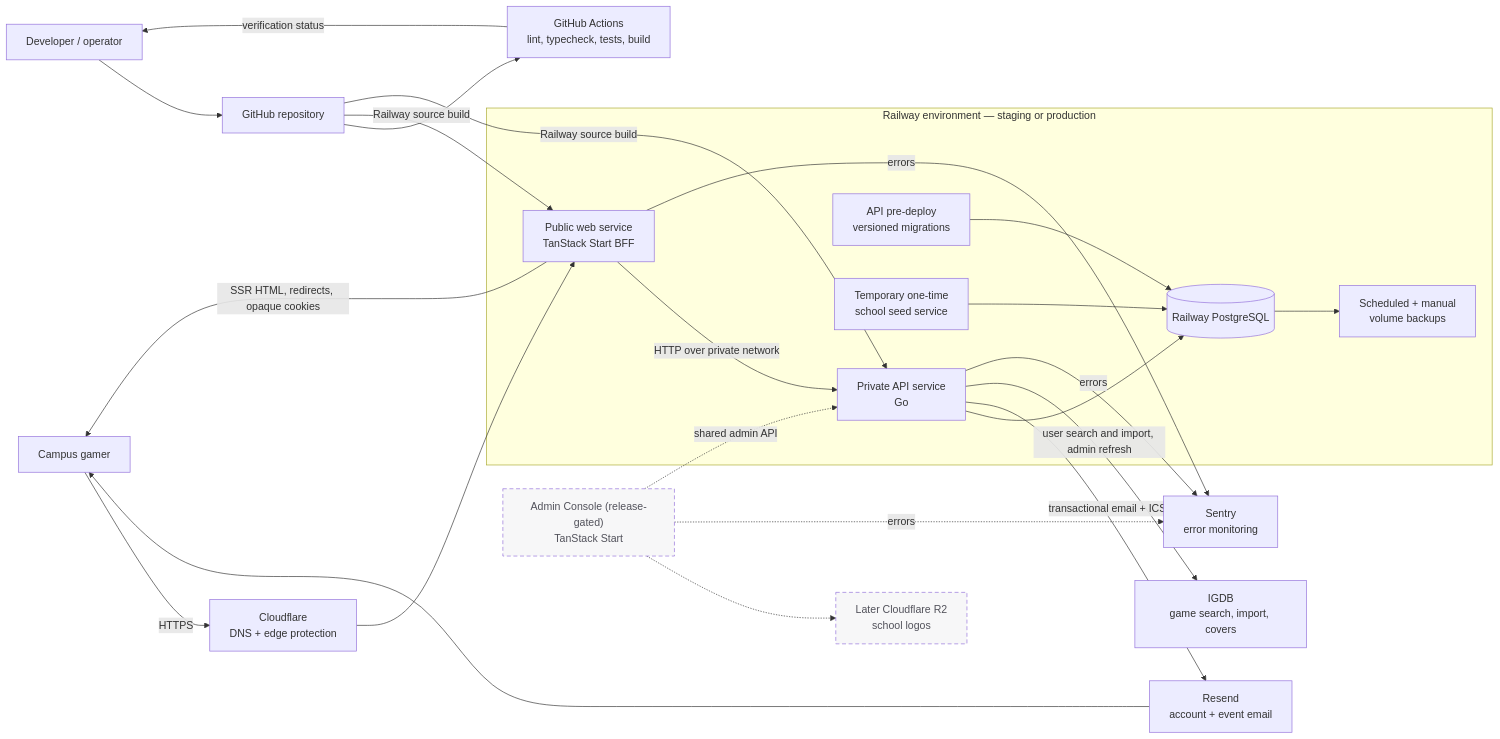
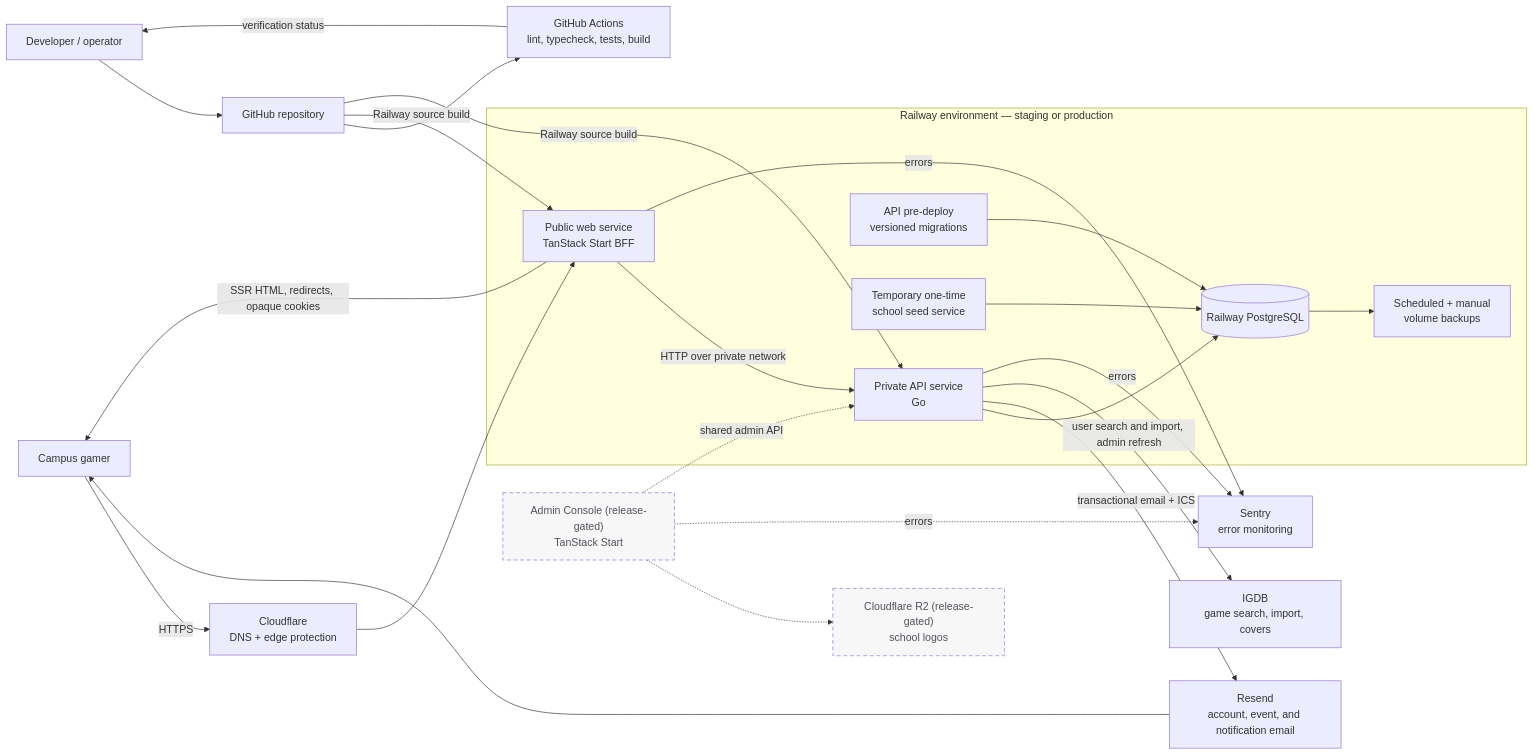
Before and after one commit to Campus-Gaming-Network/core: the third of 3 diagrams in docs/14-architecture-diagrams.md, drawn with Mermaid. The commit also changed other lines of this file and 11 other files, not shown here.

First line of the commit message:
docs: bring status and architecture docs up to date

````diff
--- a/docs/14-architecture-diagrams.md
+++ b/docs/14-architecture-diagrams.md
@@ -140,49 +121,49 @@
 ```mermaid
 flowchart LR
     User["Campus gamer"]
     Operator["Developer / operator"]
     GitHub["GitHub repository"]
     CI["GitHub Actions<br/>lint, typecheck, tests, build"]
     Cloudflare["Cloudflare<br/>DNS + edge protection"]
-    Resend["Resend<br/>account + event email"]
+    Resend["Resend<br/>account, event, and notification email"]
 
     subgraph Railway["Railway environment — staging or production"]
         Web["Public web service<br/>TanStack Start BFF"]
         API["Private API service<br/>Go"]
         Migrations["API pre-deploy<br/>versioned migrations"]
         Seed["Temporary one-time<br/>school seed service"]
         Database[("Railway PostgreSQL")]
         Backups["Scheduled + manual<br/>volume backups"]
 
         Web -->|"HTTP over private network"| API
         API --> Database
         Migrations --> Database
         Seed --> Database
         Database --> Backups
     end
 
     Admin["Admin Console (release-gated)<br/>TanStack Start"]
-    R2["Later Cloudflare R2<br/>school logos"]
+    R2["Cloudflare R2 (release-gated)<br/>school logos"]
     IGDB["IGDB<br/>game search, import, covers"]
     Sentry["Sentry<br/>error monitoring"]
 
     User -->|"HTTPS"| Cloudflare --> Web
     Web -->|"SSR HTML, redirects, opaque cookies"| User
     API -->|"transactional email + ICS"| Resend --> User
 
     Operator --> GitHub
     GitHub --> CI
     CI -->|"verification status"| Operator
     GitHub -->|"Railway source build"| Web
     GitHub -->|"Railway source build"| API
 
     Admin -.->|"shared admin API"| API
     Admin -.-> R2
-        API -->|"user search and import, admin refresh"| IGDB
+    API -->|"user search and import, admin refresh"| IGDB
     Web -->|"errors"| Sentry
     API -->|"errors"| Sentry
     Admin -.->|"errors"| Sentry
 
     classDef deferred stroke-dasharray: 6 4,fill:#f7f7f8,color:#52525b;
-        class Admin,R2 deferred;
+    class Admin,R2 deferred;
 ```
````
